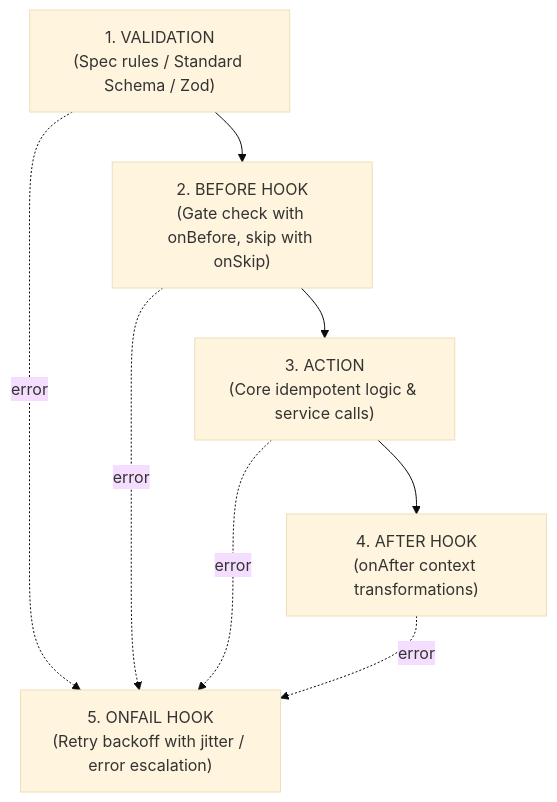
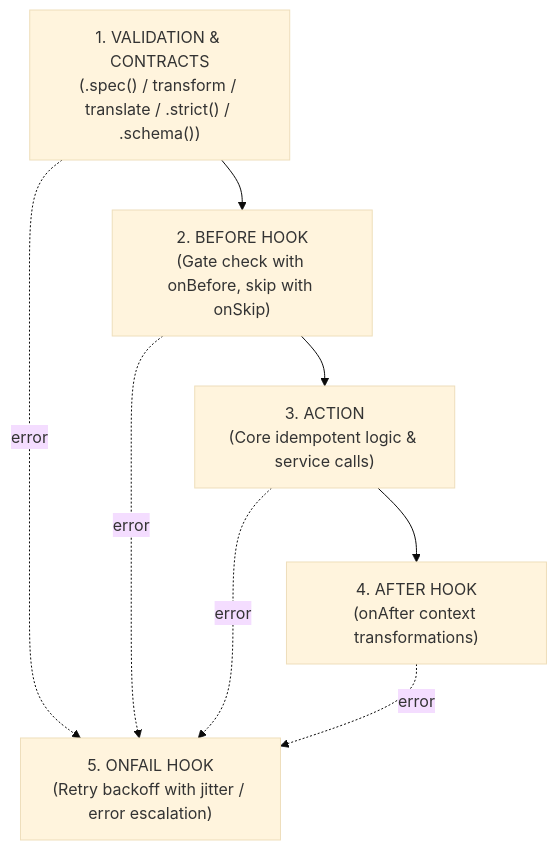
One commit to jsoftgem/siglo changed the diagram in skills/siglo-workflow-development/SKILL.md. Above: the diagram before and after it, drawn with Mermaid (base theme). The commit also changed other lines of this file and 13 other files, not shown here.

````diff
--- a/skills/siglo-workflow-development/SKILL.md
+++ b/skills/siglo-workflow-development/SKILL.md
@@ -74,16 +74,16 @@
 ```mermaid
 flowchart TD
-    P1["1. VALIDATION<br/>(Spec rules / Standard Schema / Zod)"]
+    P1["1. VALIDATION & CONTRACTS<br/>(.spec() / transform / translate / .strict() / .schema())"]
     P2["2. BEFORE HOOK<br/>(Gate check with onBefore, skip with onSkip)"]
     P3["3. ACTION<br/>(Core idempotent logic & service calls)"]
     P4["4. AFTER HOOK<br/>(onAfter context transformations)"]
     P5["5. ONFAIL HOOK<br/>(Retry backoff with jitter / error escalation)"]
 
     P1 --> P2
     P2 --> P3
     P3 --> P4
     P1 -.->|error| P5
     P2 -.->|error| P5
     P3 -.->|error| P5
     P4 -.->|error| P5
 ```
````
